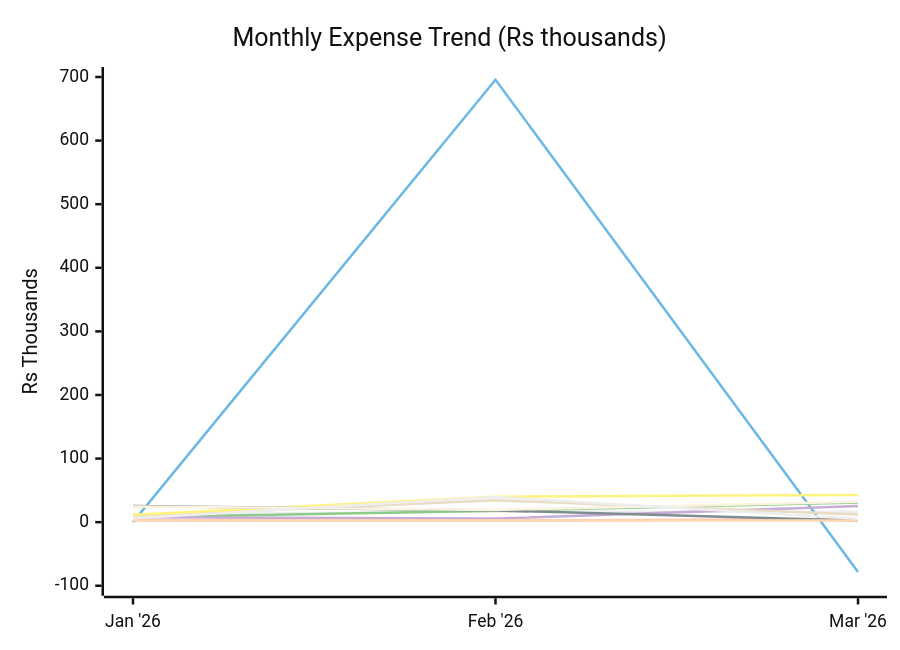
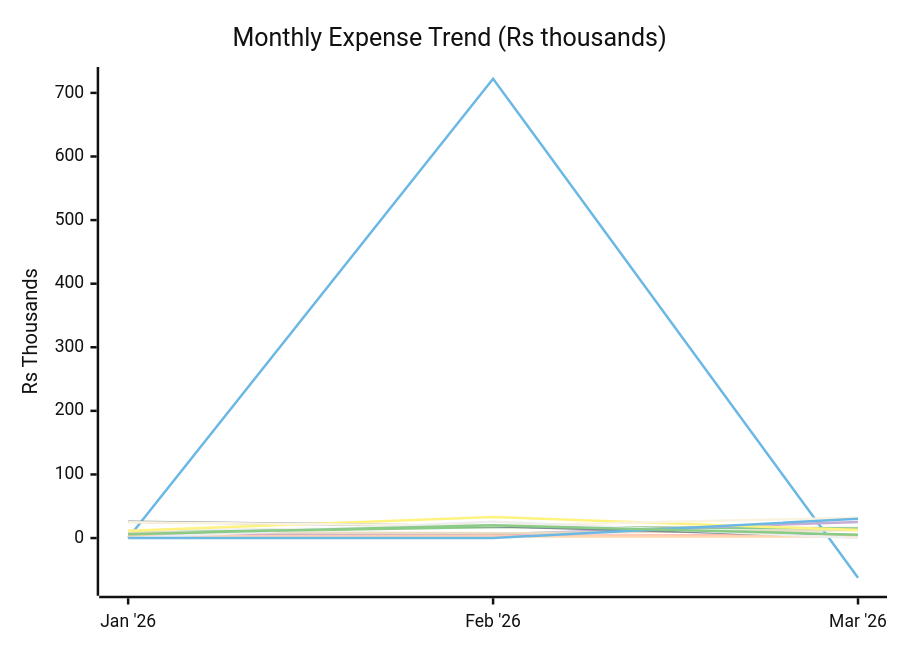
One commit to sachin-hg/expense-reporter changed the first of 2 diagrams in reports/2026-03.md. Above: the diagram before and after it, drawn with Mermaid (neutral theme). The commit also changed other lines of this file and 14 other files, not shown here.

````diff
--- a/reports/2026-03.md
+++ b/reports/2026-03.md
@@ -24,17 +26,19 @@
 ```mermaid
 xychart-beta
     title "Monthly Expense Trend (Rs thousands)"
     x-axis ["Jan '26", "Feb '26", "Mar '26"]
-    y-axis "Rs Thousands" -100 --> 700
-    line "Travel" [12.1, 16.5, 16.3]
-    line "Trip" [0.0, 695.8, -78.3]
-    line "Shopping" [7.8, 17.8, 31.0]
+    y-axis "Rs Thousands" -75 --> 725
+    line "Travel" [12.1, 16.5, 16.1]
+    line "Trip" [0.0, 722.3, -62.4]
+    line "Shopping" [7.8, 17.5, 15.1]
     line "Baby" [7.7, 5.6, 25.3]
-    line "Outside Food" [9.5, 34.3, 12.1]
-    line "Grocery" [2.9, 2.6, 4.7]
-    line "Utilities & Bills" [11.5, 39.9, 42.8]
-    line "Health, Fitness & Self Care" [25.5, 18.4, 2.5]
+    line "Outside Food" [9.5, 7.6, 12.6]
+    line "Grocery" [2.9, 3.5, 4.7]
+    line "Utilities & Bills" [11.5, 33.2, 12.6]
+    line "Health, Fitness & Self Care" [25.5, 18.6, 2.5]
     line "Upskill / AI" [2.6, 2.5, 2.6]
     line "Rohan" [24.8, 19.3, 32.0]
-    line "Others" [6.0, 39.6, 5.4]
+    line "One-Time Expense" [0.0, 25.8, 0.0]
+    line "Tax" [0.0, 0.0, 30.3]
+    line "Others" [6.0, 20.1, 5.2]
 ```
````
